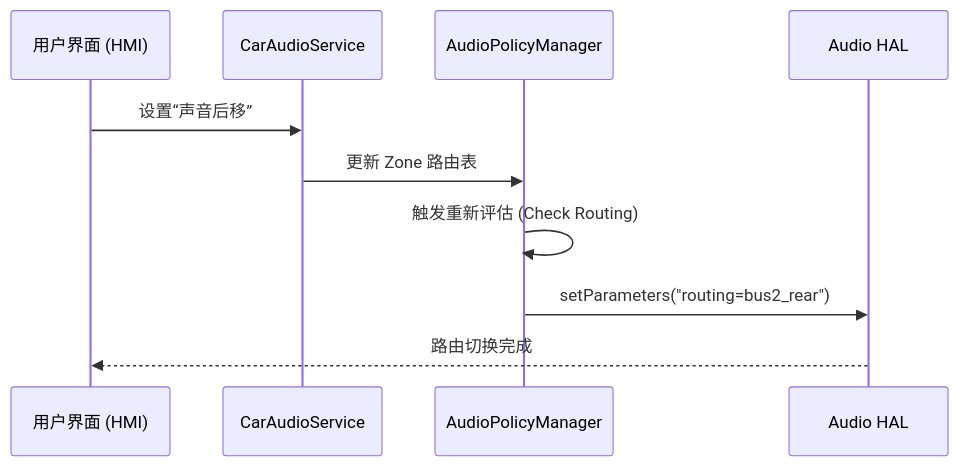
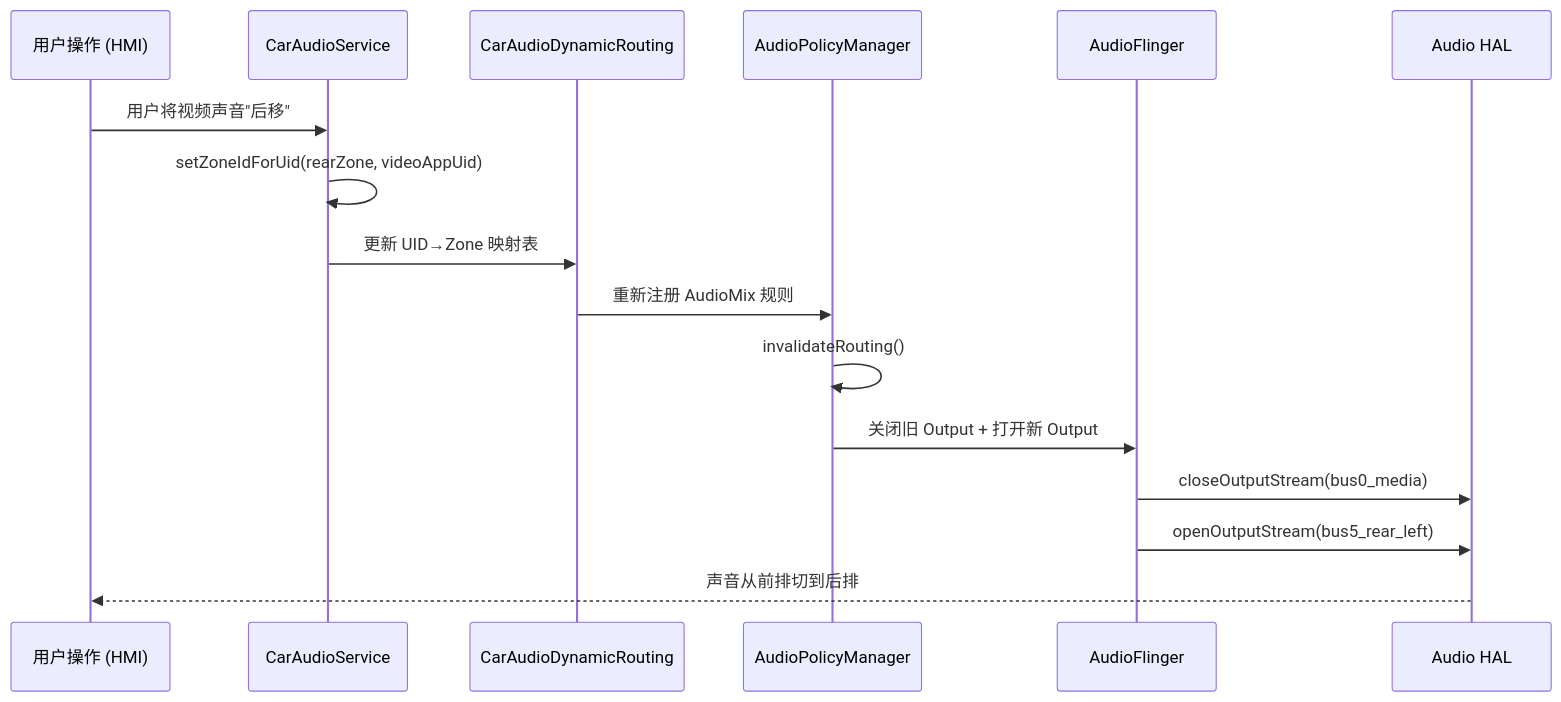
Before and after one commit to Sunliming001/awesome-audio-knowledge: the fourth of 4 diagrams in 06-Automotive-Audio/02-Multi-zone-Routing.md, drawn with Mermaid. The commit also changed other lines of this file and 31 other files, not shown here.

````diff
--- a/06-Automotive-Audio/02-Multi-zone-Routing.md
+++ b/06-Automotive-Audio/02-Multi-zone-Routing.md
@@ -73,13 +314,19 @@
 ```mermaid
 sequenceDiagram
-    participant User as 用户界面 (HMI)
+    participant HMI as 用户操作 (HMI)
     participant CAS as CarAudioService
+    participant DynRoute as CarAudioDynamicRouting
     participant APM as AudioPolicyManager
+    participant AF as AudioFlinger
     participant HAL as Audio HAL
-
-    User->>CAS: 设置“声音后移”
-    CAS->>APM: 更新 Zone 路由表
-    APM->>APM: 触发重新评估 (Check Routing)
-    APM->>HAL: setParameters("routing=bus2_rear")
-    HAL-->>User: 路由切换完成
+    
+    HMI->>CAS: 用户将视频声音"后移"
+    CAS->>CAS: setZoneIdForUid(rearZone, videoAppUid)
+    CAS->>DynRoute: 更新 UID→Zone 映射表
+    DynRoute->>APM: 重新注册 AudioMix 规则
+    APM->>APM: invalidateRouting()
+    APM->>AF: 关闭旧 Output + 打开新 Output
+    AF->>HAL: closeOutputStream(bus0_media)
+    AF->>HAL: openOutputStream(bus5_rear_left)
+    HAL-->>HMI: 声音从前排切到后排
 ```
````
